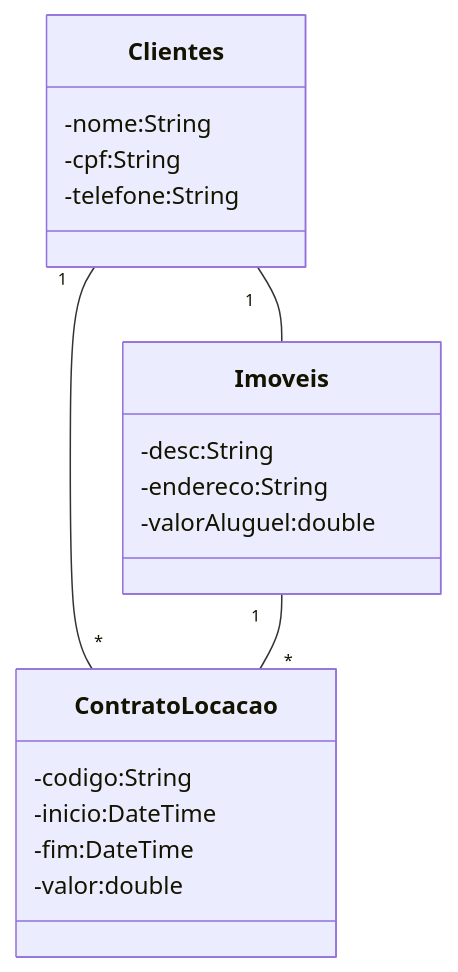
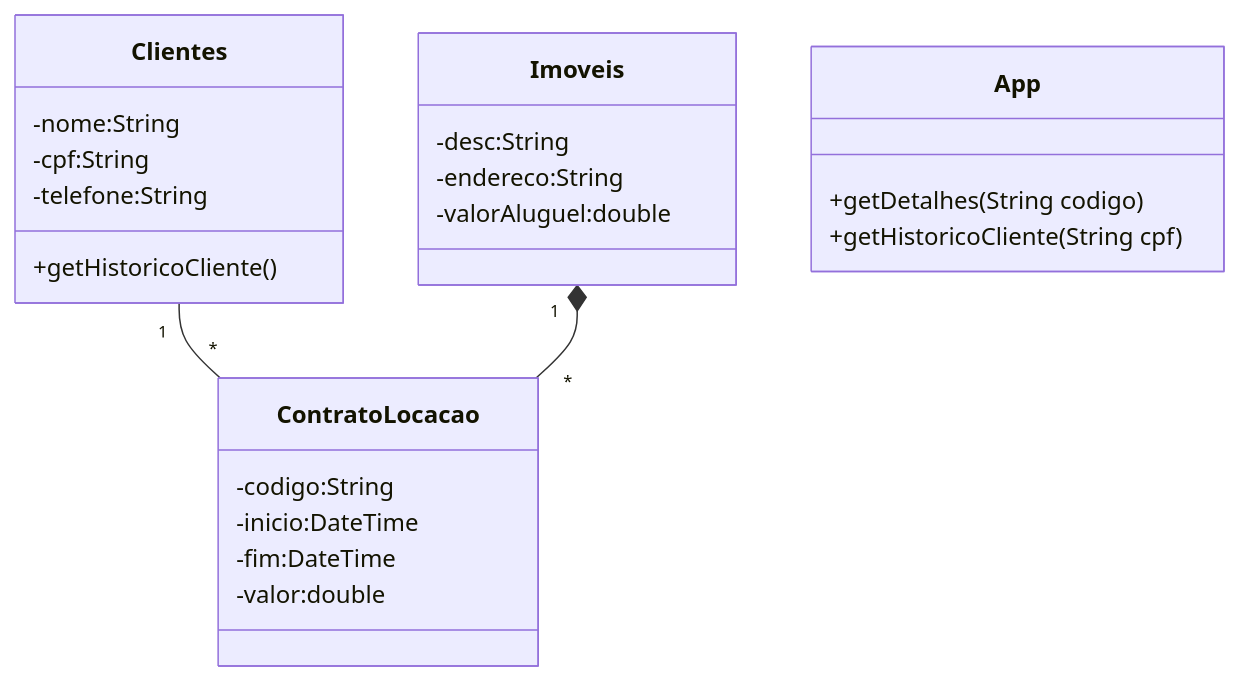
Before and after one commit to ant0nelli/ESD: the diagram in atividades00/Atividade2/src/main/java/ads/esd/README.md, drawn with Mermaid.

Commit message:
atividade 2

````diff
--- a/atividades00/Atividade2/src/main/java/ads/esd/README.md
+++ b/atividades00/Atividade2/src/main/java/ads/esd/README.md
@@ -1,23 +1,29 @@
 ```mermaid
 classDiagram
     class Clientes{
         -nome:String
         -cpf:String
         -telefone:String
+        +getHistoricoCliente()
     }
     class Imoveis{
         -desc:String
         -endereco:String
         -valorAluguel:double
     }
     class ContratoLocacao{
         -codigo:String
         -inicio:DateTime
         -fim:DateTime
         -valor:double
     }
-    Clientes"1"--Imoveis
-    Clientes"1"--"*"ContratoLocacao
-    Imoveis"1"--"*"ContratoLocacao
+    class App{
+        +getDetalhes(String codigo)
+        +getHistoricoCliente(String cpf)
+    }
+    
+    Clientes "1" -- "*" ContratoLocacao
+    Imoveis "1" *-- "*" ContratoLocacao
+
     
 ```
````
